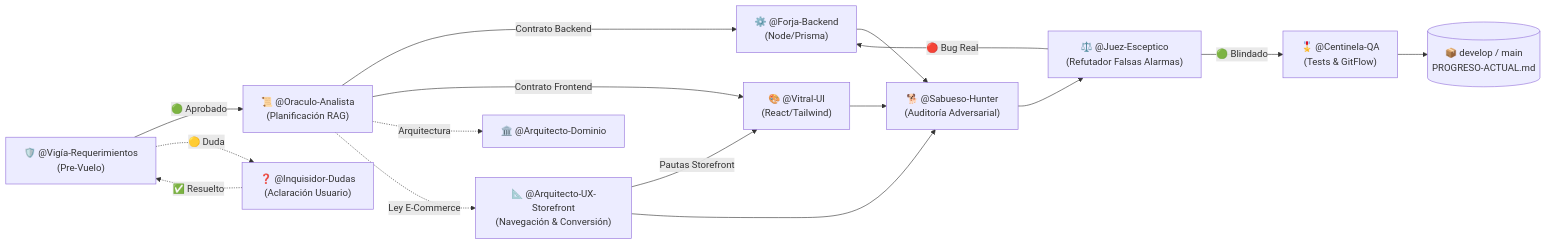
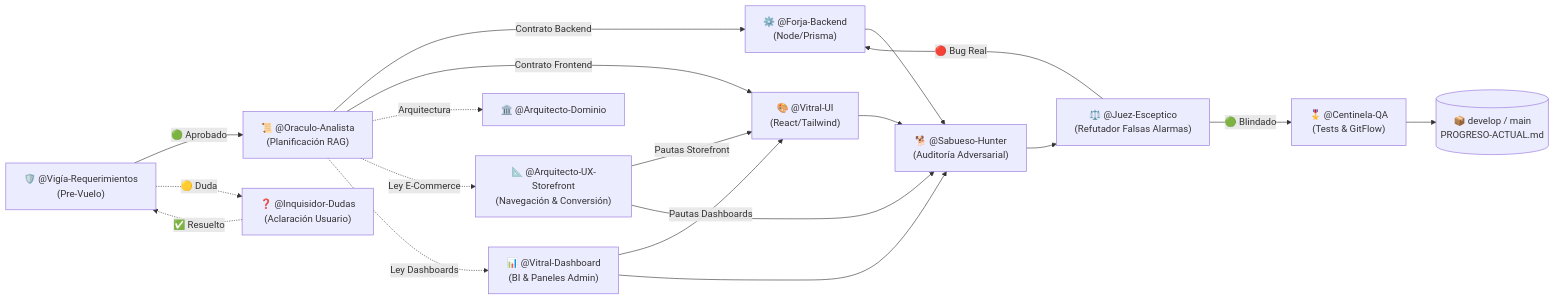
The diagram in docs/vault/00-Oficina-Agentes-MOC.md (julio7879/Proyecto-Forma-POS-Pagina-web-IA), drawn with Mermaid before and after one commit. The commit also changed other lines of this file and 6 other files, not shown here.

Commit message:
docs(vault): texto íntegro ARQ-08 (37 ejemplos Justinmind), integración de @Vitral-Dashboard en AGE-10, skill SKI y Canvas de Obsidian

````diff
--- a/docs/vault/00-Oficina-Agentes-MOC.md
+++ b/docs/vault/00-Oficina-Agentes-MOC.md
@@ -24,18 +24,21 @@
 ```mermaid
 flowchart LR
     A["🛡️ @Vigía-Requerimientos<br/>(Pre-Vuelo)"] -->|"🟢 Aprobado"| C["📜 @Oraculo-Analista<br/>(Planificación RAG)"]
     A -.->|"🟡 Duda"| B["❓ @Inquisidor-Dudas<br/>(Aclaración Usuario)"]
     B -.->|"✅ Resuelto"| A
     C -->|"Contrato Backend"| D["⚙️ @Forja-Backend<br/>(Node/Prisma)"]
     C -->|"Contrato Frontend"| E["🎨 @Vitral-UI<br/>(React/Tailwind)"]
     C -.->|"Arquitectura"| F["🏛️ @Arquitecto-Dominio"]
     C -.->|"Ley E-Commerce"| UX["📐 @Arquitecto-UX-Storefront<br/>(Navegación & Conversión)"]
+    C -.->|"Ley Dashboards"| DB["📊 @Vitral-Dashboard<br/>(BI & Paneles Admin)"]
     UX -->|"Pautas Storefront"| E
+    DB -->|"Pautas Dashboards"| E
     D --> G["🐕 @Sabueso-Hunter<br/>(Auditoría Adversarial)"]
     E --> G
     UX --> G
+    DB --> G
     G --> H["⚖️ @Juez-Esceptico<br/>(Refutador Falsas Alarmas)"]
     H -->|"🔴 Bug Real"| D
     H -->|"🟢 Blindado"| I["🎖️ @Centinela-QA<br/>(Tests & GitFlow)"]
     I --> J[("📦 develop / main<br/>PROGRESO-ACTUAL.md")]
 ```
````
